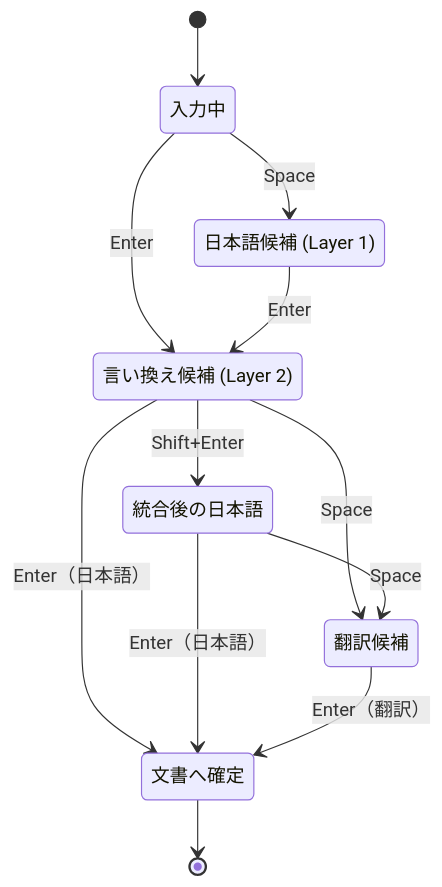
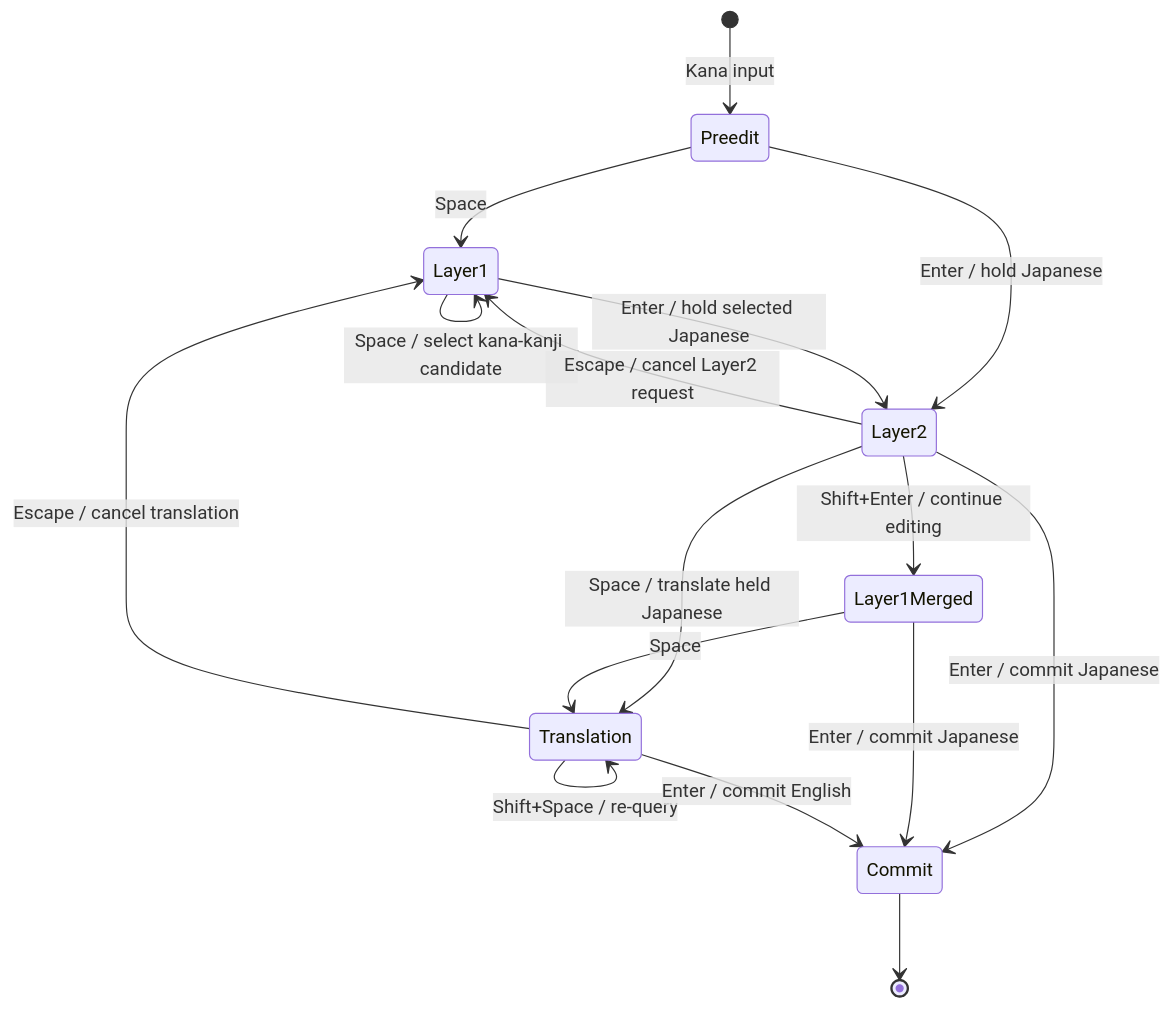
The diagram in docs/state_machine.md (maaakigai/rtas-local-ai-translation-ime), drawn with Mermaid before and after one commit. The commit also changed other lines of this file and 13 other files, not shown here.

Commit message:
Fix stale candidate responses and extract layer state

````diff
--- a/docs/state_machine.md
+++ b/docs/state_machine.md
@@ -6,23 +7,18 @@
 ```mermaid
 stateDiagram-v2
-    direction TB
-
-    state "入力中" as Preedit
-    state "日本語候補 (Layer 1)" as Layer1
-    state "言い換え候補 (Layer 2)" as Layer2
-    state "統合後の日本語" as Merged
-    state "翻訳候補" as Translation
-    state "文書へ確定" as Commit
-
-    [*] --> Preedit
+    [*] --> Preedit: Kana input
     Preedit --> Layer1: Space
-    Preedit --> Layer2: Enter
-    Layer1 --> Layer2: Enter
-    Layer2 --> Translation: Space
-    Layer2 --> Commit: Enter（日本語）
-    Layer2 --> Merged: Shift+Enter
-    Merged --> Translation: Space
-    Merged --> Commit: Enter（日本語）
-    Translation --> Commit: Enter（翻訳）
+    Preedit --> Layer2: Enter / hold Japanese
+    Layer1 --> Layer1: Space / select kana-kanji candidate
+    Layer1 --> Layer2: Enter / hold selected Japanese
+    Layer2 --> Translation: Space / translate held Japanese
+    Layer2 --> Commit: Enter / commit Japanese
+    Layer2 --> Layer1Merged: Shift+Enter / continue editing
+    Layer1Merged --> Translation: Space
+    Layer1Merged --> Commit: Enter / commit Japanese
+    Translation --> Translation: Shift+Space / re-query
+    Translation --> Commit: Enter / commit English
+    Translation --> Layer1: Escape / cancel translation
+    Layer2 --> Layer1: Escape / cancel Layer2 request
     Commit --> [*]
 ```
````
